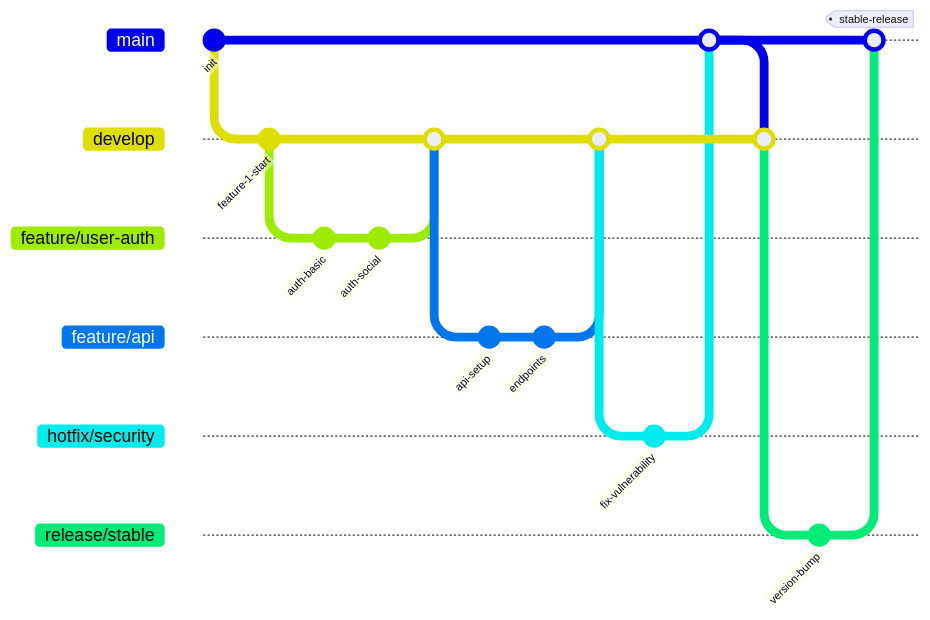
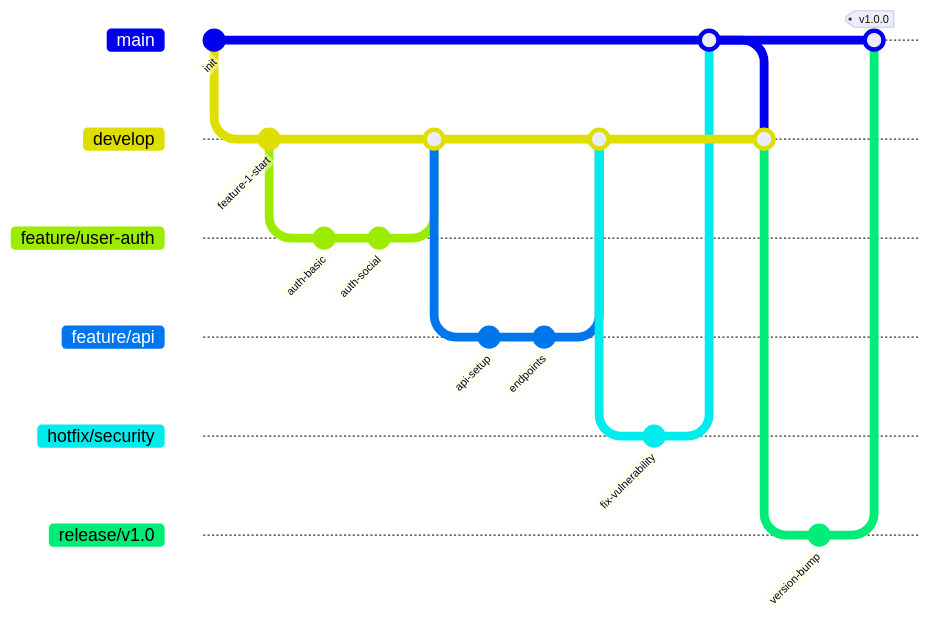
One commit to sametcn99/vitepress-mermaid-renderer changed the third of 30 diagrams in docs/content/zh/examples/advanced.md. Above: the diagram before and after it, drawn with Mermaid. The commit also changed other lines of this file and 19 other files, not shown here.

````diff
--- a/docs/content/zh/examples/advanced.md
+++ b/docs/content/zh/examples/advanced.md
@@ -68,26 +69,26 @@
 ```mermaid
 gitGraph
     commit id: "init"
     branch develop
     commit id: "feature-1-start"
     branch feature/user-auth
     commit id: "auth-basic"
     commit id: "auth-social"
     checkout develop
     merge feature/user-auth
     branch feature/api
     commit id: "api-setup"
     commit id: "endpoints"
     checkout develop
     merge feature/api
     branch hotfix/security
     commit id: "fix-vulnerability"
     checkout main
     merge hotfix/security
     checkout develop
     merge main
-    branch release/stable
+    branch release/v1.0
     commit id: "version-bump"
     checkout main
-    merge release/stable tag: "stable-release"
+    merge release/v1.0 tag: "v1.0.0"
 ```
````
